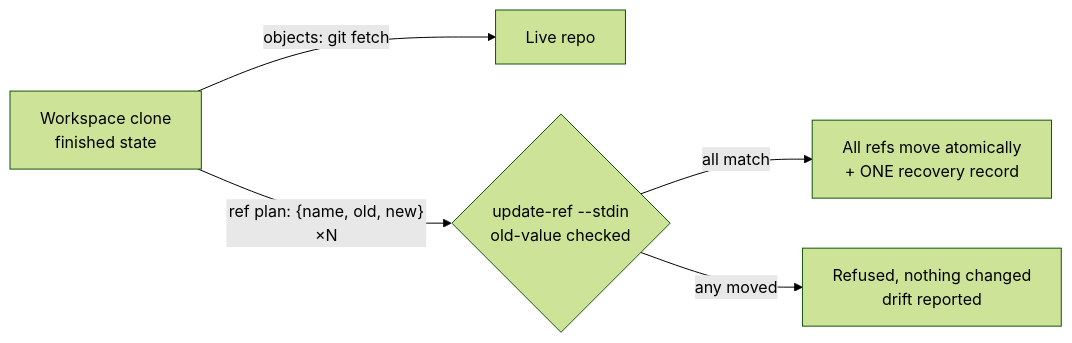
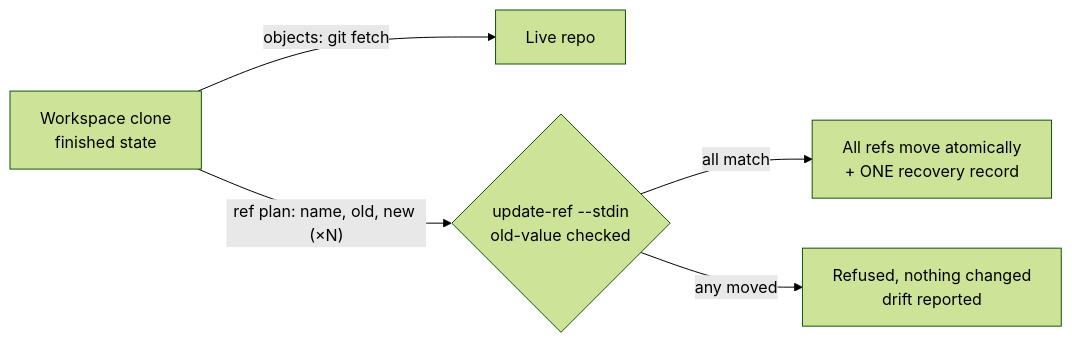
One commit to tom2025b/git-vista changed the diagram in docs/adr/0023-rehearsal-workspaces-and-atomic-promotion.md. Above: the diagram before and after it, drawn with Mermaid (forest theme). The commit also changed other lines of this file and 1 other file, not shown here.

````diff
--- a/docs/adr/0023-rehearsal-workspaces-and-atomic-promotion.md
+++ b/docs/adr/0023-rehearsal-workspaces-and-atomic-promotion.md
@@ -54,7 +54,7 @@
 ```mermaid
 flowchart LR
-    A[Workspace clone\nfinished state] -- objects: git fetch --> B[Live repo]
-    A -- "ref plan: {name, old, new}×N" --> T{update-ref --stdin\nold-value checked}
-    T -- all match --> C[All refs move atomically\n+ ONE recovery record]
-    T -- any moved --> D[Refused, nothing changed\ndrift reported]
+    A["Workspace clone<br/>finished state"] -- "objects: git fetch" --> B["Live repo"]
+    A -- "ref plan: name, old, new (×N)" --> T{"update-ref --stdin<br/>old-value checked"}
+    T -- "all match" --> C["All refs move atomically<br/>+ ONE recovery record"]
+    T -- "any moved" --> D["Refused, nothing changed<br/>drift reported"]
 ```
````
